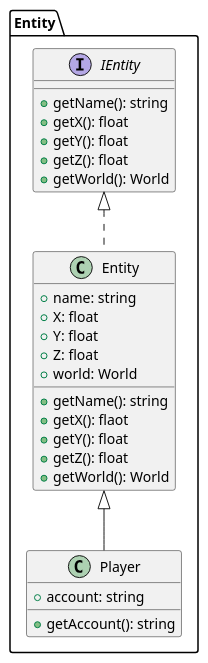
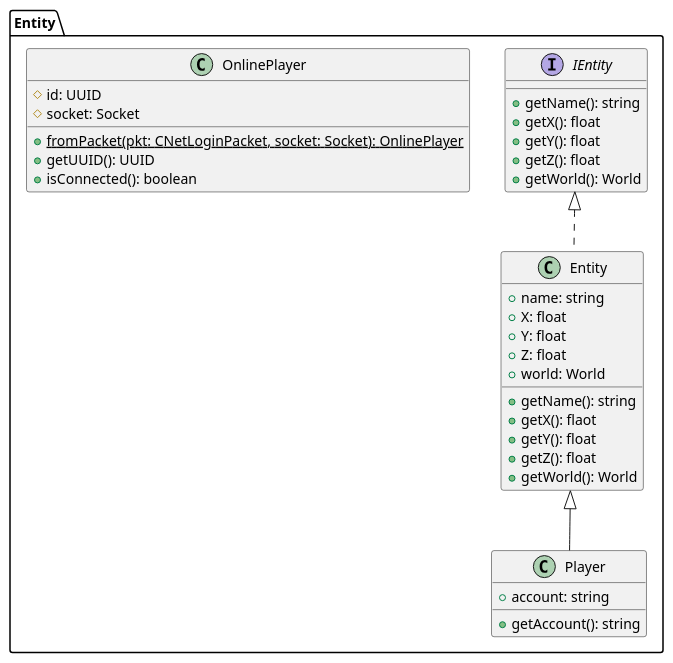
Before and after one commit to SibylForge/SibylForge: the diagram in doc/uml/class-diagram/CD-Entity.puml, drawn with PlantUML. The commit also changed 11 other files, not shown here.

Commit message:
feat(OnlinePlayer): implementation & uml

```diff
--- a/doc/uml/class-diagram/CD-Entity.puml
+++ b/doc/uml/class-diagram/CD-Entity.puml
@@ -1,31 +1,39 @@
 @startuml Player
 
 namespace Entity {
     interface IEntity {
         +getName(): string
         +getX(): float
         +getY(): float
         +getZ(): float
         +getWorld(): World
     }
 
     class Entity implements IEntity {
         +name: string
         +X: float
         +Y: float
         +Z: float
         +world: World
         +getName(): string
         +getX(): flaot
         +getY(): float
         +getZ(): float
         +getWorld(): World
     }
 
     class Player extends Entity {
         +account: string
         +getAccount(): string
     }
+
+		class OnlinePlayer {
+			#id: UUID
+			#socket: Socket
+			+{static} fromPacket(pkt: CNetLoginPacket, socket: Socket): OnlinePlayer
+			+getUUID(): UUID
+			+isConnected(): boolean
+		}
 }
 
 @enduml
```
